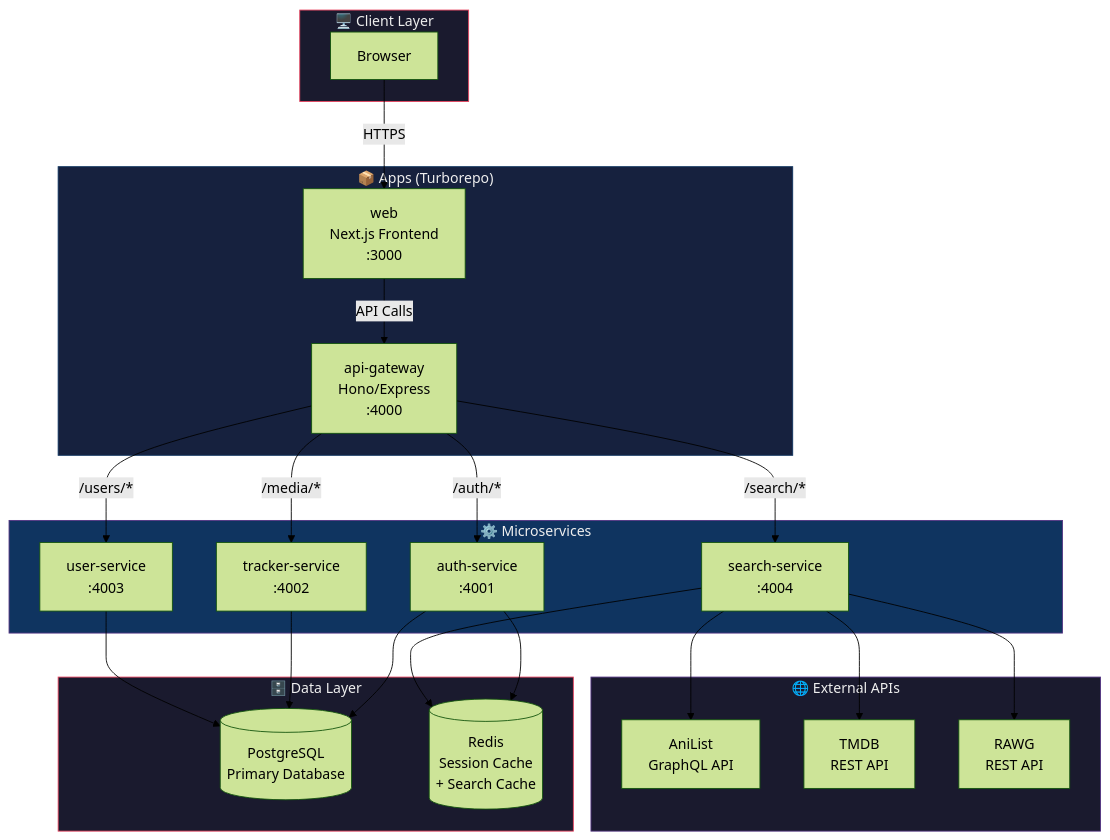
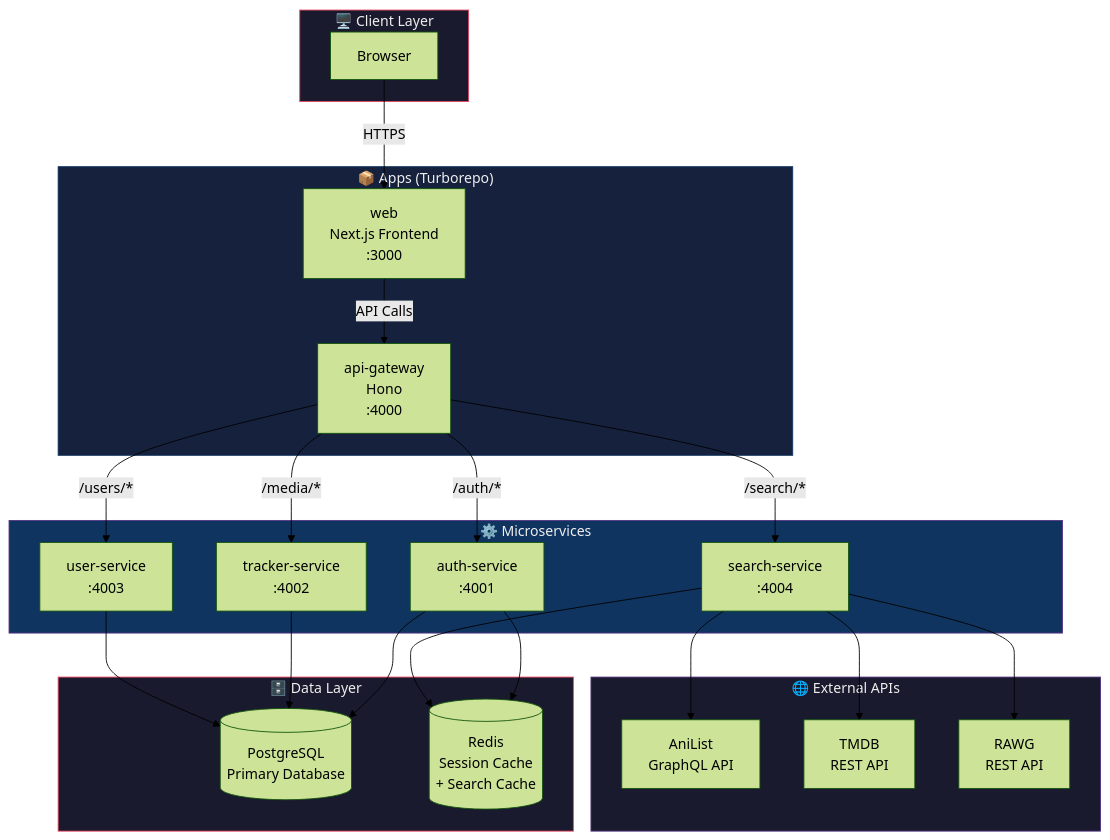
The first of 4 diagrams in ShinDB/src/notes/SYS_Tracker.md (Kazi-Tanvir/Working), drawn with Mermaid (forest theme) before and after one commit. The commit also changed other lines of this file and 35 other files, not shown here.

````diff
--- a/ShinDB/src/notes/SYS_Tracker.md
+++ b/ShinDB/src/notes/SYS_Tracker.md
@@ -76,44 +76,44 @@
 ```mermaid
 graph TB
     subgraph Client ["🖥️ Client Layer"]
         Browser["Browser"]
     end
     subgraph Apps ["📦 Apps (Turborepo)"]
         Web["web<br/>Next.js Frontend<br/>:3000"]
-        Gateway["api-gateway<br/>Hono/Express<br/>:4000"]
+        Gateway["api-gateway<br/>Hono<br/>:4000"]
     end
     subgraph Services ["⚙️ Microservices"]
         Auth["auth-service<br/>:4001"]
         Tracker["tracker-service<br/>:4002"]
         User["user-service<br/>:4003"]
         Search["search-service<br/>:4004"]
     end
     subgraph Data ["🗄️ Data Layer"]
         DB[("PostgreSQL<br/>Primary Database")]
         Redis[("Redis<br/>Session Cache<br/>+ Search Cache")]
     end
     subgraph External ["🌐 External APIs"]
         AniList["AniList<br/>GraphQL API"]
         TMDB["TMDB<br/>REST API"]
         RAWG["RAWG<br/>REST API"]
     end
     Browser -->|"HTTPS"| Web
     Web -->|"API Calls"| Gateway
     Gateway -->|"/auth/*"| Auth
     Gateway -->|"/media/*"| Tracker
     Gateway -->|"/users/*"| User
     Gateway -->|"/search/*"| Search
     Auth --> DB
     Auth --> Redis
     Tracker --> DB
         User --> DB
     Search --> Redis
     Search --> AniList
     Search --> TMDB
     Search --> RAWG
     style Client fill:#1a1a2e,stroke:#e94560,color:#eee
     style Apps fill:#16213e,stroke:#0f3460,color:#eee
     style Services fill:#0f3460,stroke:#533483,color:#eee
     style Data fill:#1a1a2e,stroke:#e94560,color:#eee
     style External fill:#1a1a2e,stroke:#533483,color:#eee
 ```
````
